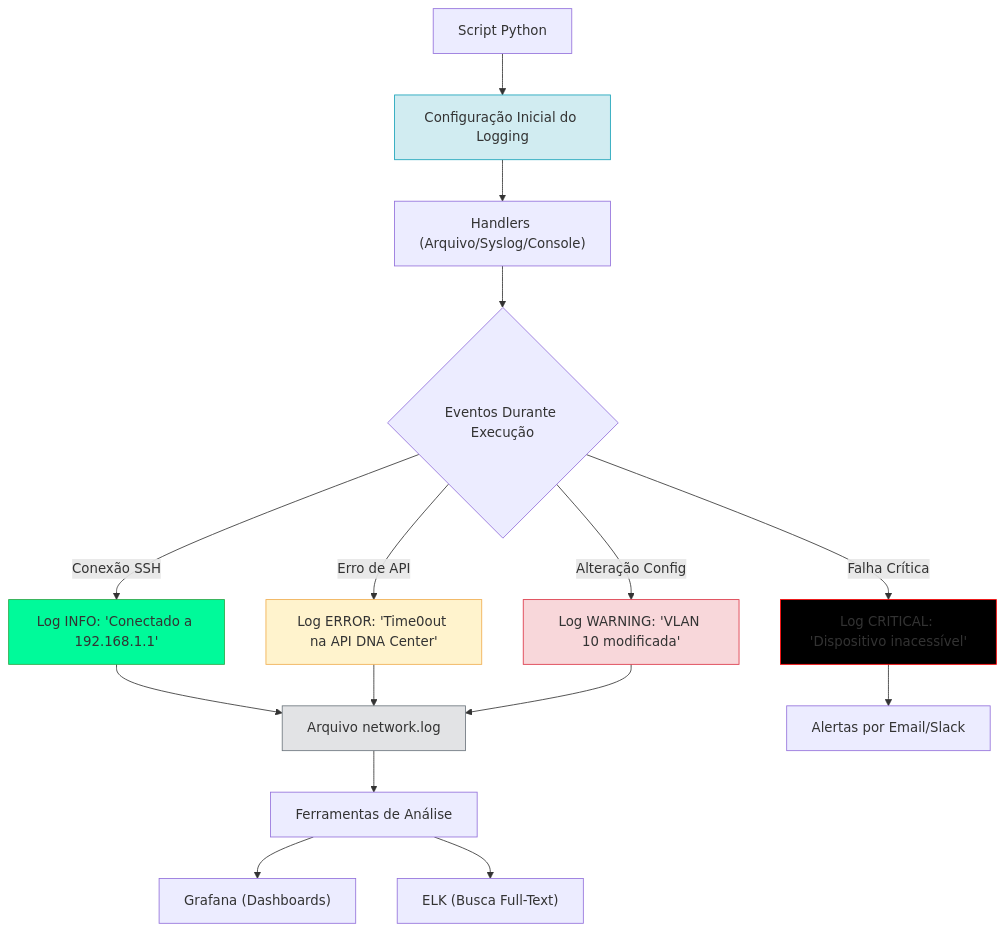
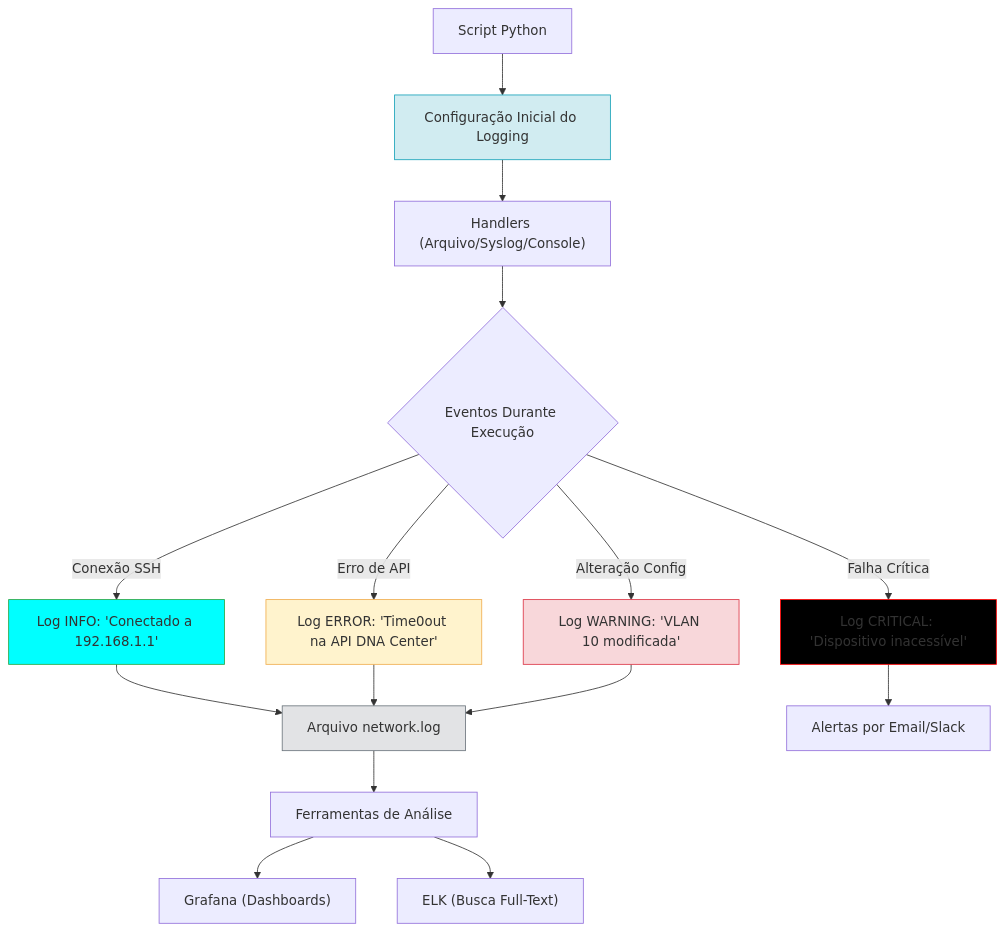
One commit to alcancil/Cisco changed the diagram in CCNP 350-401 ENCOR/06 - Automation/17- Python - Basico 12 - Logging/README.md. Above: the diagram before and after it, drawn with Mermaid.

Commit message:
Alterado o arquivo README.md

````diff
--- a/CCNP 350-401 ENCOR/06 - Automation/17- Python - Basico 12 - Logging/README.md
+++ b/CCNP 350-401 ENCOR/06 - Automation/17- Python - Basico 12 - Logging/README.md
@@ -32,24 +32,24 @@
 ```mermaid
 graph TB
     A[Script Python] --> B[Configuração Inicial do Logging]
     B --> C["Handlers (Arquivo/Syslog/Console)"]
     C --> D{"Eventos Durante Execução"}
     D -->|Conexão SSH| E[Log INFO: 'Conectado a 192.168.1.1']
     D -->|Erro de API| F[Log ERROR: 'Time0out na API DNA Center']
     D -->|Alteração Config| G[Log WARNING: 'VLAN 10 modificada']
     D -->|Falha Crítica| H[Log CRITICAL: 'Dispositivo inacessível']
     E --> I[Arquivo network.log]
     F --> I
     G --> I
     H --> J[Alertas por Email/Slack]
     I --> K[Ferramentas de Análise]
     K --> L["Grafana (Dashboards)"]
     K --> M["ELK (Busca Full-Text)"]
 
     style B fill:#d1ecf1,stroke:#17a2b8,color:#000000  # Configuracao
-    style E fill:#00FA9A,stroke:#28a745,color:#D2691E  # INFO
+    style E fill:#00FFFF,stroke:#28a745,color:#D2691E  # INFO
     style F fill:#fff3cd,stroke:#f0ad4e,color:#000000  # ERROR
     style G fill:#f8d7da,stroke:#dc3545,color:#000000  # WARNING
     style H fill:#000000,stroke:#ff0000,color:#ffffff  # CRITICAL
     style I fill:#e2e3e5,stroke:#6c757d,color:#000000  # Arquivo
 ```
````
